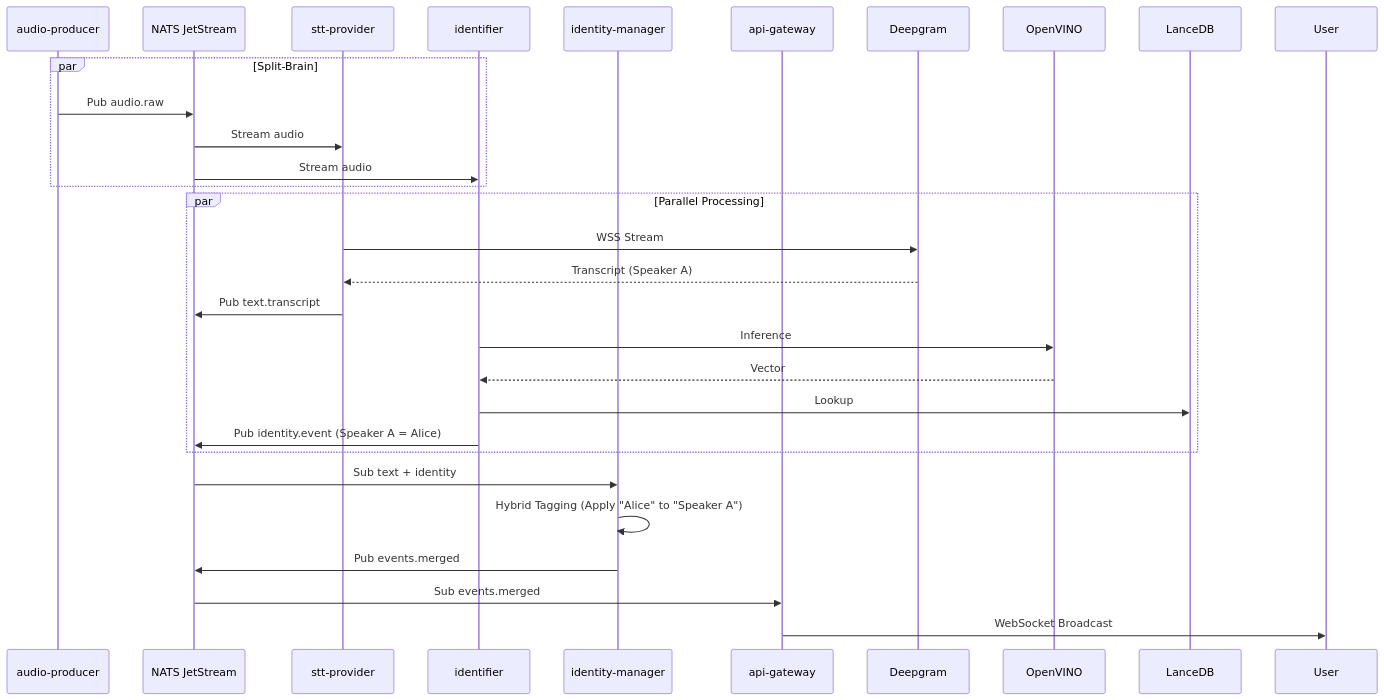
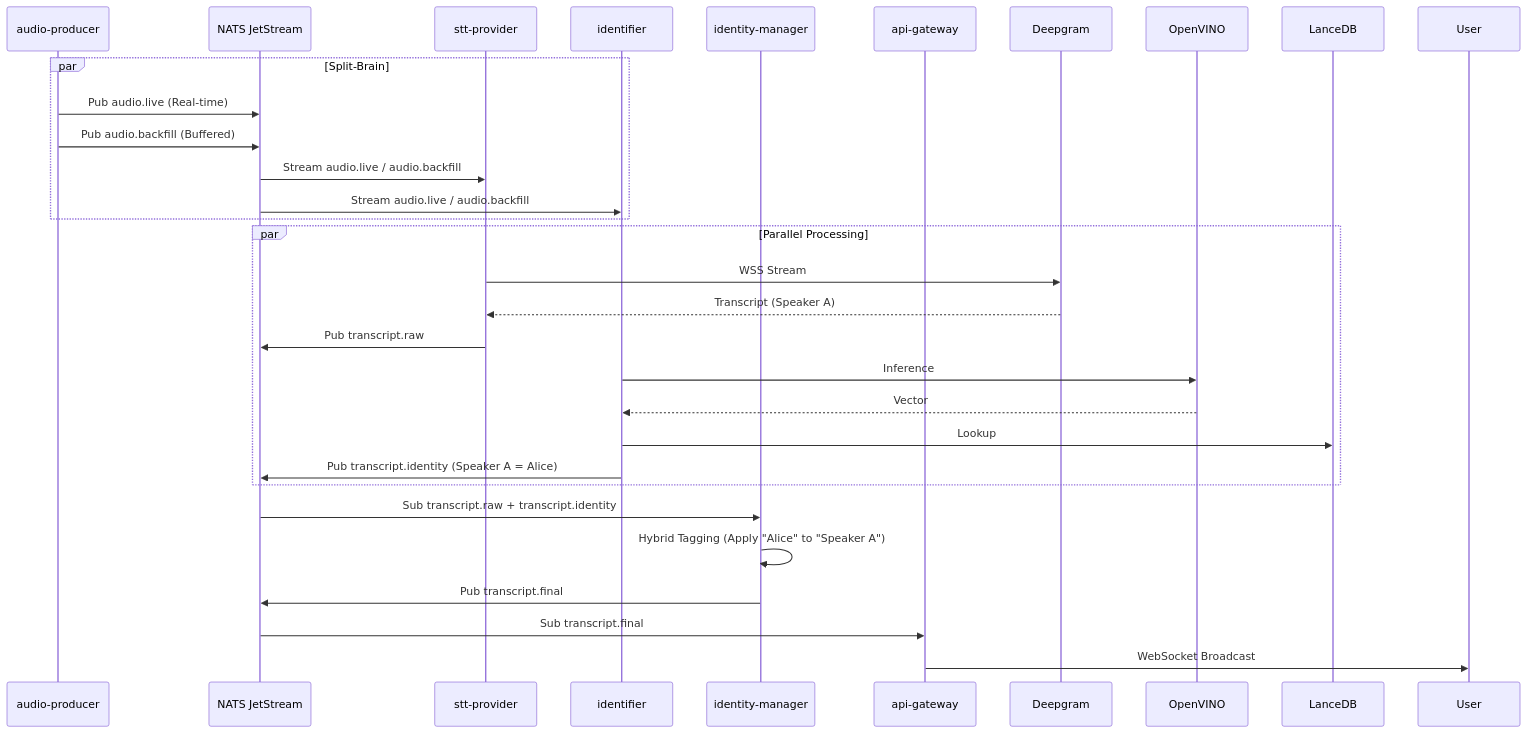
One commit to TomDakan/LiveSTT changed the third of 3 diagrams in docs/20_architecture/architecture_definition.md. Above: the diagram before and after it, drawn with Mermaid. The commit also changed other lines of this file and 26 other files, not shown here.

Commit message:
docs(design_v8): updated documentation to reflect new durable stream and pre-roll audio design changes

````diff
--- a/docs/20_architecture/architecture_definition.md
+++ b/docs/20_architecture/architecture_definition.md
@@ -89,32 +89,33 @@
 ```mermaid
 sequenceDiagram
     participant Mic as audio-producer
     participant NATS as NATS JetStream
     participant STT as stt-provider
     participant ID as identifier
     participant Zip as identity-manager
     participant UI as api-gateway
 
     par Split-Brain
-        Mic->>NATS: Pub audio.raw
-        NATS->>STT: Stream audio
-        NATS->>ID: Stream audio
+        Mic->>NATS: Pub audio.live (Real-time)
+        Mic->>NATS: Pub audio.backfill (Buffered)
+        NATS->>STT: Stream audio.live / audio.backfill
+        NATS->>ID: Stream audio.live / audio.backfill
     end
 
     par Parallel Processing
         STT->>Deepgram: WSS Stream
         Deepgram-->>STT: Transcript (Speaker A)
-        STT->>NATS: Pub text.transcript
+        STT->>NATS: Pub transcript.raw
 
         ID->>OpenVINO: Inference
         OpenVINO-->>ID: Vector
         ID->>LanceDB: Lookup
-        ID->>NATS: Pub identity.event (Speaker A = Alice)
+        ID->>NATS: Pub transcript.identity (Speaker A = Alice)
     end
 
-    NATS->>Zip: Sub text + identity
+    NATS->>Zip: Sub transcript.raw + transcript.identity
     Zip->>Zip: Hybrid Tagging (Apply "Alice" to "Speaker A")
-    Zip->>NATS: Pub events.merged
-    NATS->>UI: Sub events.merged
+    Zip->>NATS: Pub transcript.final
+    NATS->>UI: Sub transcript.final
     UI->>User: WebSocket Broadcast
 ```
````
